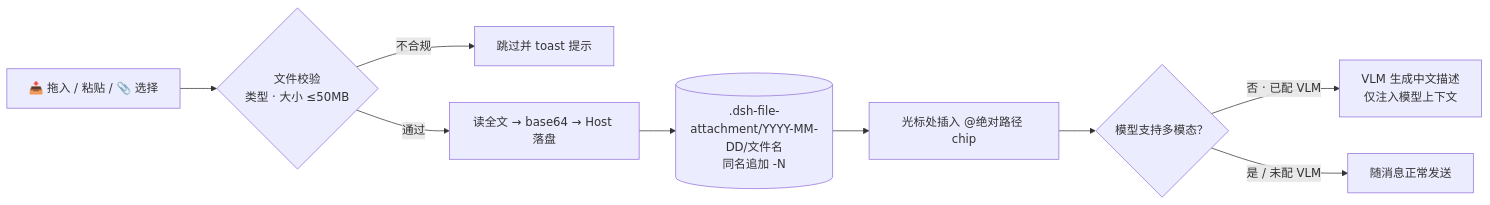
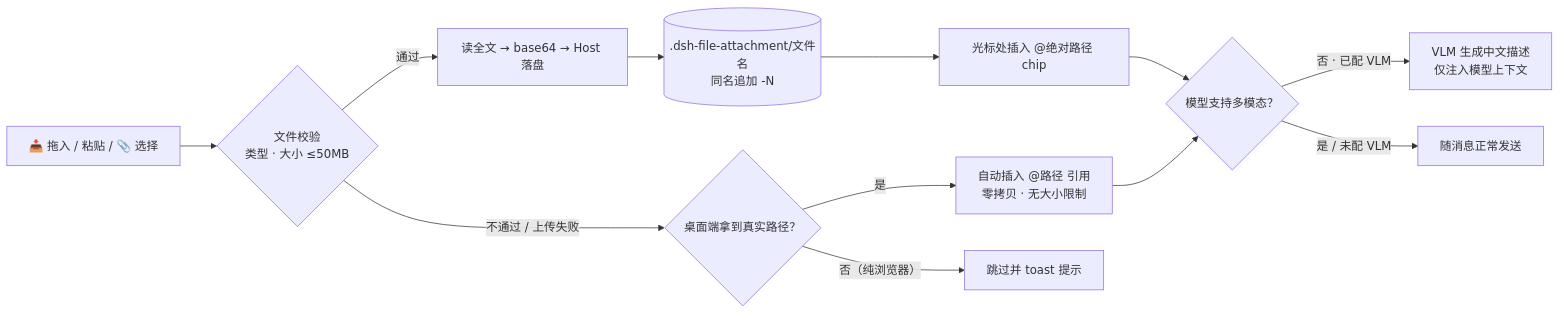
One commit to xinstart-1/dsh-files-fallback changed the first of 2 diagrams in README.md. Above: the diagram before and after it, drawn with Mermaid. The commit also changed other lines of this file and 7 other files, not shown here.

````diff
--- a/README.md
+++ b/README.md
@@ -53,11 +65,14 @@
 ```mermaid
 flowchart LR
     A["📥 拖入 / 粘贴 / 📎 选择"] --> B{"文件校验<br/>类型 · 大小 ≤50MB"}
-    B -- "不合规" --> X["跳过并 toast 提示"]
     B -- "通过" --> C["读全文 → base64 → Host 落盘"]
-    C --> D[(".dsh-file-attachment/YYYY-MM-DD/文件名<br/>同名追加 -N")]
+    C --> D[(".dsh-file-attachment/文件名<br/>同名追加 -N")]
     D --> E["光标处插入 @绝对路径 chip"]
-    E --> F{"模型支持多模态？"}
-    F -- "否 · 已配 VLM" --> G["VLM 生成中文描述<br/>仅注入模型上下文"]
-    F -- "是 / 未配 VLM" --> H["随消息正常发送"]
+    B -- "不通过 / 上传失败" --> F{"桌面端拿到真实路径？"}
+    F -- "是" --> G["自动插入 @路径 引用<br/>零拷贝 · 无大小限制"]
+    F -- "否（纯浏览器）" --> X["跳过并 toast 提示"]
+    E --> H{"模型支持多模态？"}
+    G --> H
+    H -- "否 · 已配 VLM" --> I["VLM 生成中文描述<br/>仅注入模型上下文"]
+    H -- "是 / 未配 VLM" --> J["随消息正常发送"]
 ```
````
